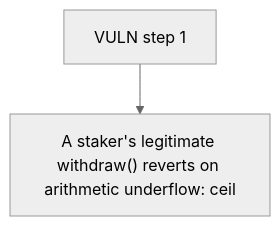
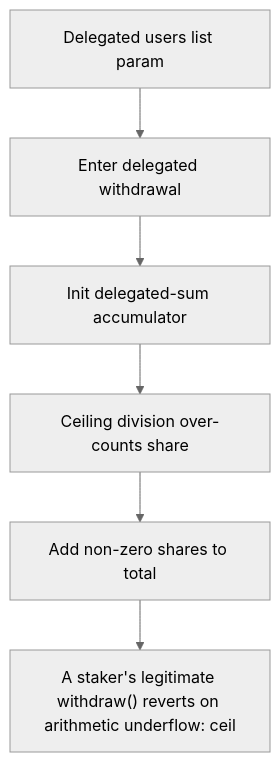
The diagram in 62638-c-01-withdrawal-calculation-causes-underflow-locking-all-use_exp/62638-c-01-withdrawal-calculation-causes-underflow-locking-all-use_exp.md (sanbir/evm-hack-registry), drawn with Mermaid (neutral theme) before and after one commit. The commit also changed other lines of this file and 79 other files, not shown here.

````diff
--- a/62638-c-01-withdrawal-calculation-causes-underflow-locking-all-use_exp/62638-c-01-withdrawal-calculation-causes-underflow-locking-all-use_exp.md
+++ b/62638-c-01-withdrawal-calculation-causes-underflow-locking-all-use_exp/62638-c-01-withdrawal-calculation-causes-underflow-locking-all-use_exp.md
@@ -28,6 +28,14 @@
 ```mermaid
 flowchart TD
-  S0["VULN step 1"]
+  S0["Delegated users list param"]
+  S1["Enter delegated withdrawal"]
+  S2["Init delegated-sum accumulator"]
+  S3["Ceiling division over-counts share"]
+  S4["Add non-zero shares to total"]
   H["A staker's legitimate withdraw() reverts on arithmetic underflow: ceil"]
-  S0 --> H
+  S0 --> S1
+  S1 --> S2
+  S2 --> S3
+  S3 --> S4
+  S4 --> H
 ```
````
